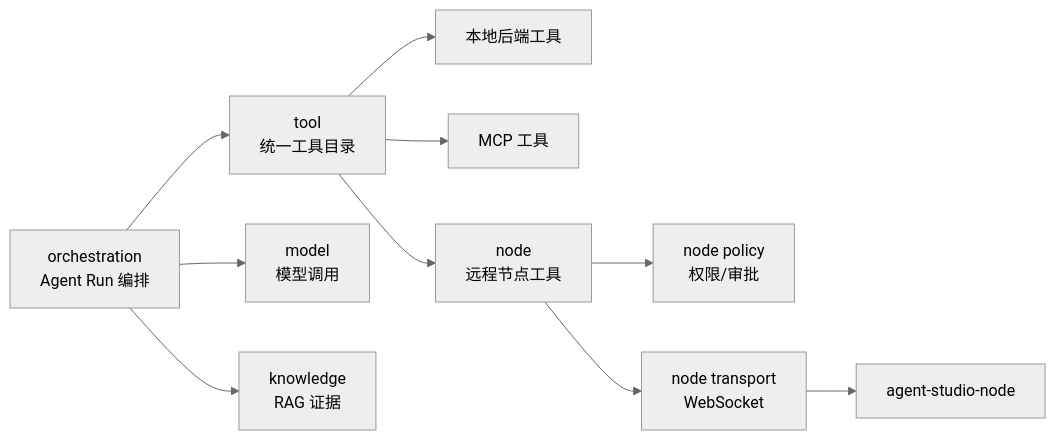
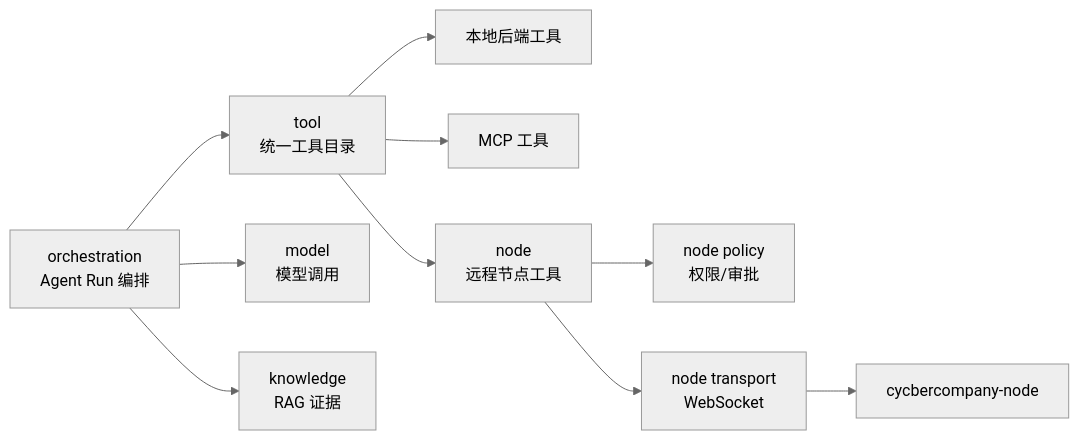
The sixth of 6 diagrams in docs/node-execution-architecture.md (sunlightFox/cycbercompany-backend), drawn with Mermaid (neutral theme) before and after one commit. The commit also changed other lines of this file and 1327 other files, not shown here.

````diff
--- a/docs/node-execution-architecture.md
+++ b/docs/node-execution-architecture.md
@@ -470,14 +470,14 @@
 ```mermaid
 flowchart LR
     Orchestration["orchestration<br/>Agent Run 编排"] --> ToolCatalog["tool<br/>统一工具目录"]
     ToolCatalog --> LocalTools["本地后端工具"]
     ToolCatalog --> McpTools["MCP 工具"]
     ToolCatalog --> NodeTools["node<br/>远程节点工具"]
 
     Orchestration --> Model["model<br/>模型调用"]
     Orchestration --> Knowledge["knowledge<br/>RAG 证据"]
 
     NodeTools --> Policy["node policy<br/>权限/审批"]
     NodeTools --> Transport["node transport<br/>WebSocket"]
-    Transport --> NodeClient["agent-studio-node"]
+    Transport --> NodeClient["cycbercompany-node"]
 ```
````
